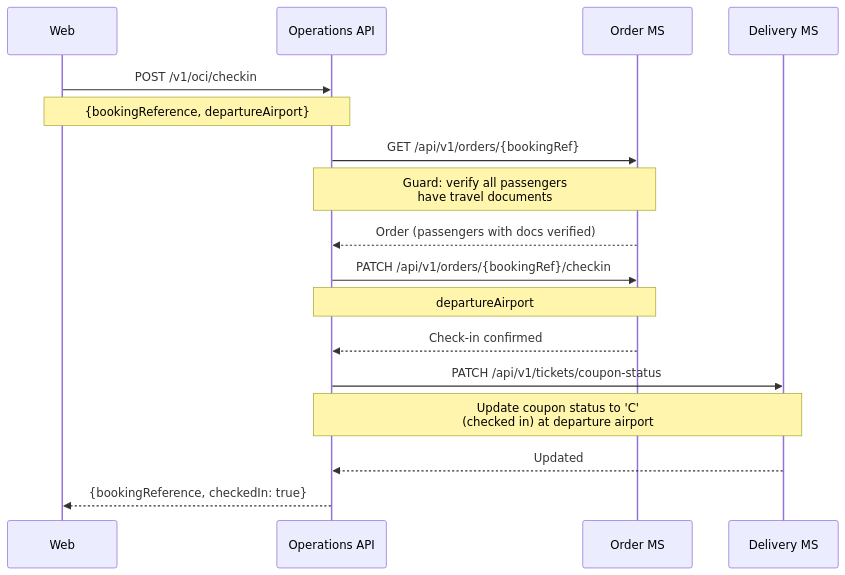
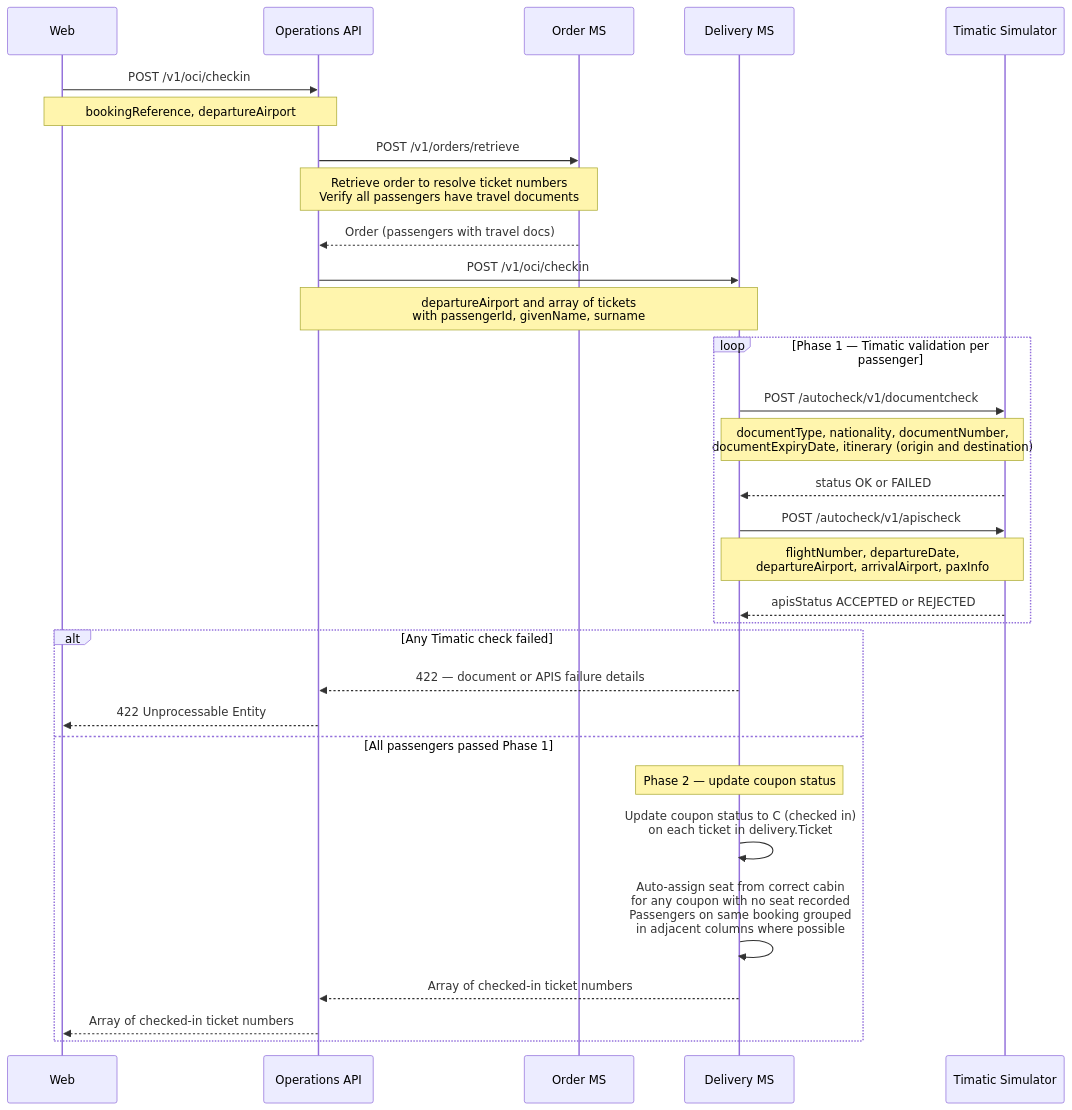
One commit to sebharvey/airline-reservation-system changed the seventh of 8 diagrams in documentation/sequences/check-in.md. Above: the diagram before and after it, drawn with Mermaid. The commit also changed other lines of this file, not shown here.

First line of the commit message:
Update OLCI sequence diagrams with Timatic integration and accurate flows

````diff
--- a/documentation/sequences/check-in.md
+++ b/documentation/sequences/check-in.md
@@ -129,24 +150,39 @@
 ```mermaid
 sequenceDiagram
     participant Web
     participant OpsAPI as Operations API
     participant OrderMS as Order MS
     participant DeliveryMS as Delivery MS
+    participant Timatic as Timatic Simulator
 
     Web->>OpsAPI: POST /v1/oci/checkin
-    Note over Web,OpsAPI: {bookingReference, departureAirport}
+    Note over Web,OpsAPI: bookingReference, departureAirport
 
-    OpsAPI->>OrderMS: GET /api/v1/orders/{bookingRef}
-    Note over OpsAPI,OrderMS: Guard: verify all passengers<br/>have travel documents
-    OrderMS-->>OpsAPI: Order (passengers with docs verified)
+    OpsAPI->>OrderMS: POST /v1/orders/retrieve
+    Note over OpsAPI,OrderMS: Retrieve order to resolve ticket numbers<br/>Verify all passengers have travel documents
+    OrderMS-->>OpsAPI: Order (passengers with travel docs)
 
-    OpsAPI->>OrderMS: PATCH /api/v1/orders/{bookingRef}/checkin
-    Note over OpsAPI,OrderMS: departureAirport
-    OrderMS-->>OpsAPI: Check-in confirmed
+    OpsAPI->>DeliveryMS: POST /v1/oci/checkin
+    Note over OpsAPI,DeliveryMS: departureAirport and array of tickets<br/>with passengerId, givenName, surname
 
-    OpsAPI->>DeliveryMS: PATCH /api/v1/tickets/coupon-status
-    Note over OpsAPI,DeliveryMS: Update coupon status to 'C'<br/>(checked in) at departure airport
-    DeliveryMS-->>OpsAPI: Updated
+    loop Phase 1 — Timatic validation per passenger
+        DeliveryMS->>Timatic: POST /autocheck/v1/documentcheck
+        Note over DeliveryMS,Timatic: documentType, nationality, documentNumber,<br/>documentExpiryDate, itinerary (origin and destination)
+        Timatic-->>DeliveryMS: status OK or FAILED
 
-    OpsAPI-->>Web: {bookingReference, checkedIn: true}
+        DeliveryMS->>Timatic: POST /autocheck/v1/apischeck
+        Note over DeliveryMS,Timatic: flightNumber, departureDate,<br/>departureAirport, arrivalAirport, paxInfo
+        Timatic-->>DeliveryMS: apisStatus ACCEPTED or REJECTED
+    end
+
+    alt Any Timatic check failed
+        DeliveryMS-->>OpsAPI: 422 — document or APIS failure details
+        OpsAPI-->>Web: 422 Unprocessable Entity
+    else All passengers passed Phase 1
+        Note over DeliveryMS: Phase 2 — update coupon status
+        DeliveryMS->>DeliveryMS: Update coupon status to C (checked in)<br/>on each ticket in delivery.Ticket
+        DeliveryMS->>DeliveryMS: Auto-assign seat from correct cabin<br/>for any coupon with no seat recorded<br/>Passengers on same booking grouped<br/>in adjacent columns where possible
+        DeliveryMS-->>OpsAPI: Array of checked-in ticket numbers
+        OpsAPI-->>Web: Array of checked-in ticket numbers
+    end
 ```
````
